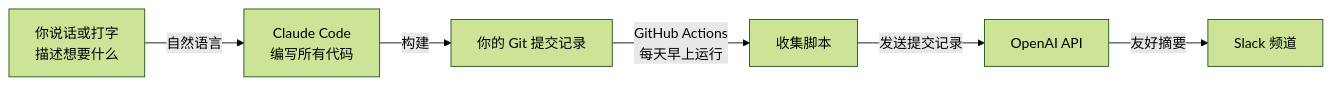
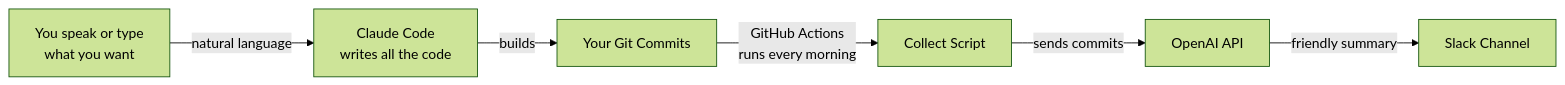
One commit to ChanMeng666/ai-programming-teaching-project changed the first of 2 diagrams in versioned_docs/version-2026-her-waka/tutorial/vibe-coding/overview.mdx. Above: the diagram before and after it, drawn with Mermaid (forest theme). The commit also changed other lines of this file and 472 other files, not shown here.

````diff
--- a/versioned_docs/version-2026-her-waka/tutorial/vibe-coding/overview.mdx
+++ b/versioned_docs/version-2026-her-waka/tutorial/vibe-coding/overview.mdx
@@ -50,8 +50,8 @@
 ```mermaid
 flowchart LR
-    A["你说话或打字\n描述想要什么"] -->|"自然语言"| B["Claude Code\n编写所有代码"]
-    B -->|"构建"| C["你的 Git 提交记录"]
-    C -->|"GitHub Actions\n每天早上运行"| D["收集脚本"]
-    D -->|"发送提交记录"| E["OpenAI API"]
-    E -->|"友好摘要"| F["Slack 频道"]
+    A["You speak or type\nwhat you want"] -->|"natural language"| B["Claude Code\nwrites all the code"]
+    B -->|"builds"| C["Your Git Commits"]
+    C -->|"GitHub Actions\nruns every morning"| D["Collect Script"]
+    D -->|"sends commits"| E["OpenAI API"]
+    E -->|"friendly summary"| F["Slack Channel"]
 ```
````
